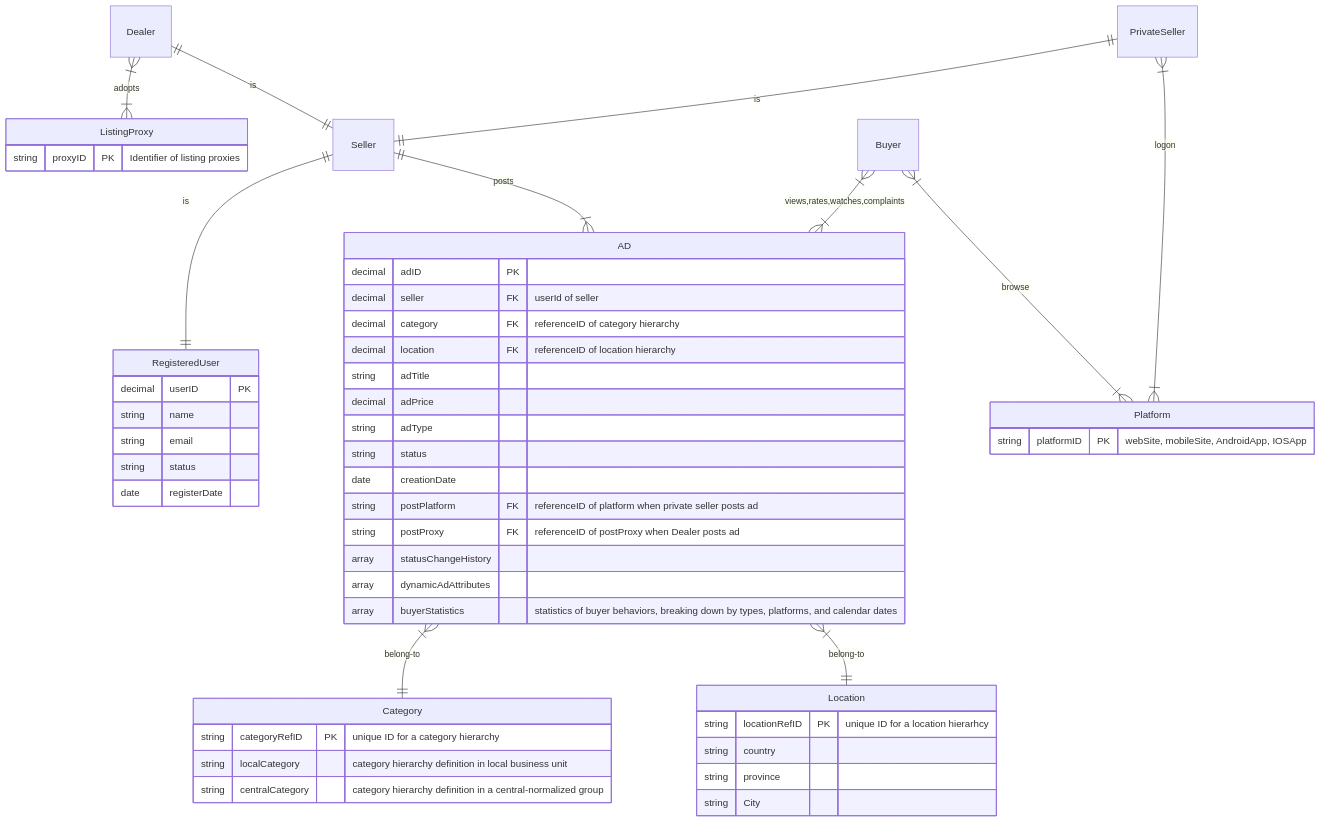
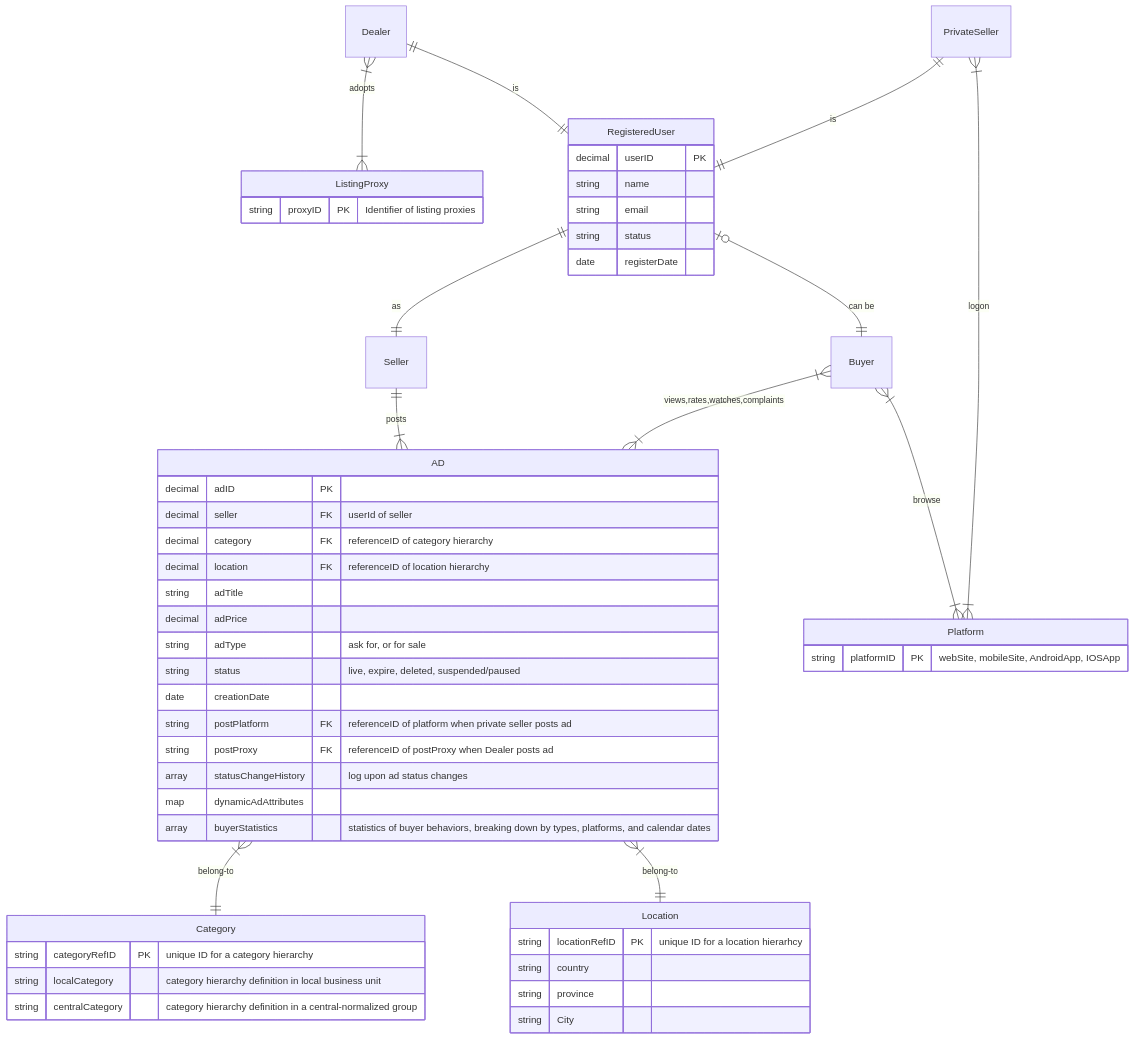
Before and after one commit to chewuchewuchewu/mermaidDiagrams: the diagram in sampleDiagram.md, drawn with Mermaid.

````diff
--- a/sampleDiagram.md
+++ b/sampleDiagram.md
@@ -1,74 +1,74 @@
 ```mermaid
 erDiagram
 %% A conceptual model relating Ad domain
 %% Including
 %% DW_CLSFD_AD, CLSFD_AD_STS_CHNG_HST, CLSFD_AD_ATTR_MAP, CLSFD_AD_ATTR_LKP
 %% CLSFD_STATS_SNPSHT, CLSFD_AD_CHNL, DW_CLSFD_PROXY
 
 %% referencing
 %% DW_CLSFD_USER, CLSFD_PLTFRM_LKP
 %% DW_CLSFD_{meta,Lvl2,Lvl3,Lvl4}_Categ_Lkp
 %% DW_CLSFD_{meta,Lvl2,Lvl3,Lvl4}_Geo_Lkp
 
     Dealer }|--|{ ListingProxy : adopts
-    Dealer ||--|| Seller : is 
+    Dealer ||--|| RegisteredUser : is 
     
-    PrivateSeller ||--|| Seller : is 
+    PrivateSeller ||--|| RegisteredUser : is 
     PrivateSeller }|--|{ Platform: logon
     
-    Seller ||--|| RegisteredUser :is
+    RegisteredUser ||--|| Seller :as
     Seller ||--|{ AD : posts
     
 %% put Ad in mid of Buyer & seller in the final layout
     Buyer }|--|{ AD: "views,rates,watches,complaints"
-%% remove this line as it's only confusing the overall diagram    Buyer ||--|o RegisteredUser : "can be"
+    RegisteredUser o|--||Buyer : "can be"
     Buyer }|--|{ Platform: browse
     
     
     AD }|--|| Category : belong-to
     AD }|--|| Location : belong-to
     
     RegisteredUser{
         decimal userID PK
         string name
         string email
         string status
         date registerDate
     }
     
     ListingProxy{
        string proxyID PK "Identifier of listing proxies" 
     }
     
     Platform {
         string platformID PK "webSite, mobileSite, AndroidApp, IOSApp" 
     }
     AD{
         decimal adID PK
         decimal seller FK "userId of seller"
         decimal category FK "referenceID of category hierarchy"
         decimal location FK "referenceID of location hierarchy"
         string adTitle
         decimal adPrice
-        string adType 
-        string status
+        string adType "ask for, or for sale"
+        string status "live, expire, deleted, suspended/paused"
         date creationDate
         string postPlatform FK "referenceID of platform when private seller posts ad"
         string postProxy FK "referenceID of postProxy when Dealer posts ad"
-        array statusChangeHistory
-        array dynamicAdAttributes
+        array statusChangeHistory "log upon ad status changes"
+        map dynamicAdAttributes
         array buyerStatistics "statistics of buyer behaviors, breaking down by types, platforms, and calendar dates"
     }
     Category{
     string categoryRefID PK "unique ID for a category hierarchy"
     string localCategory  "category hierarchy definition in local business unit"
     string centralCategory "category hierarchy definition in a central-normalized group"
     }
     Location{
     string locationRefID PK "unique ID for a location hierarhcy"
     string country
     string province
     string City 
     }
     
 ```
````
